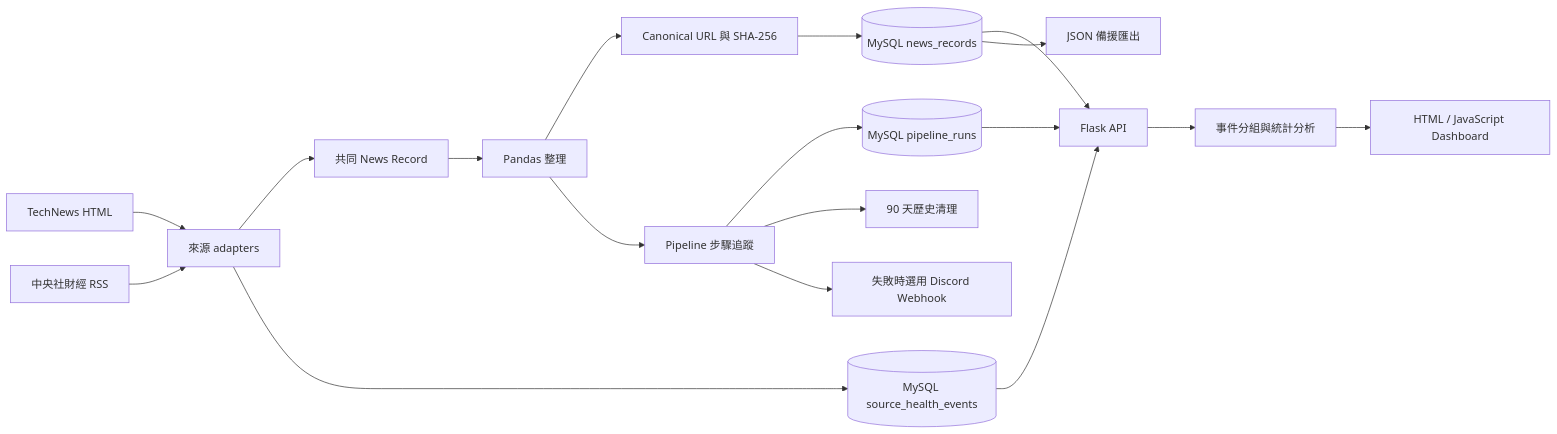
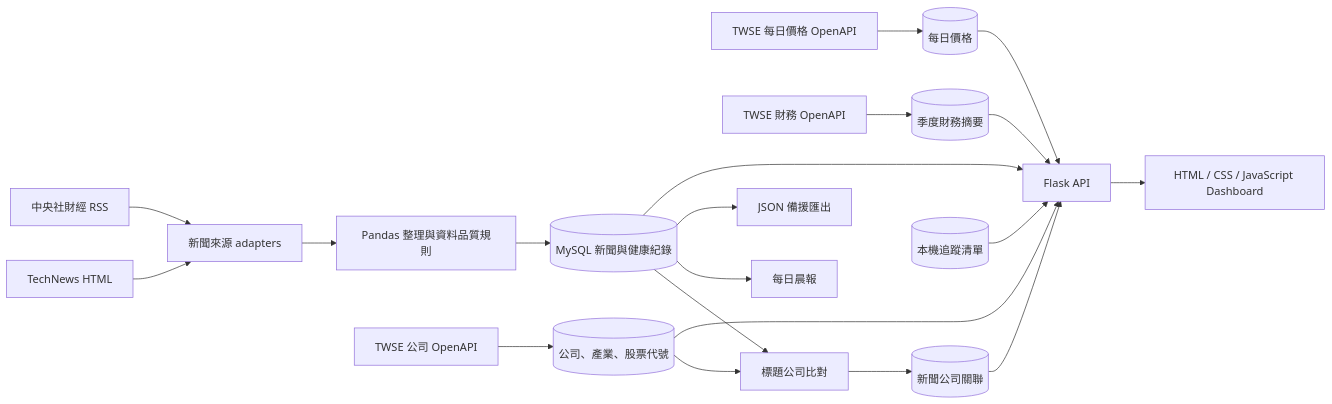
The diagram in README.md (OllieHu12304/Morning-Alpha), drawn with Mermaid before and after one commit. The commit also changed other lines of this file and 21 other files, not shown here.

````diff
--- a/README.md
+++ b/README.md
@@ -78,20 +32,25 @@
 ```mermaid
 flowchart LR
-    A["TechNews HTML"] --> C["來源 adapters"]
+    A["TechNews HTML"] --> C["新聞來源 adapters"]
     B["中央社財經 RSS"] --> C
-    C --> D["共同 News Record"]
-    D --> E["Pandas 整理"]
-    E --> F["Canonical URL 與 SHA-256"]
-    F --> G[("MySQL news_records")]
-    C --> L[("MySQL source_health_events")]
-    E --> M["Pipeline 步驟追蹤"]
-    M --> N[("MySQL pipeline_runs")]
-    M --> O["90 天歷史清理"]
-    M --> P["失敗時選用 Discord Webhook"]
-    G --> H["Flask API"]
-    L --> H
-    N --> H
-    G --> I["JSON 備援匯出"]
-    H --> J["事件分組與統計分析"]
-    J --> K["HTML / JavaScript Dashboard"]
+    C --> D["Pandas 整理與資料品質規則"]
+    D --> E[("MySQL 新聞與健康紀錄")]
+
+    F["TWSE 公司 OpenAPI"] --> G[("公司、產業、股票代號")]
+    H["TWSE 每日價格 OpenAPI"] --> I[("每日價格")]
+    J["TWSE 財務 OpenAPI"] --> K[("季度財務摘要")]
+
+    E --> L["標題公司比對"]
+    G --> L
+    L --> M[("新聞公司關聯")]
+
+    E --> N["每日晨報"]
+    E --> O["JSON 備援匯出"]
+    E --> P["Flask API"]
+    G --> P
+    I --> P
+    K --> P
+    M --> P
+    Q[("本機追蹤清單")] --> P
+    P --> R["HTML / CSS / JavaScript Dashboard"]
 ```
````
